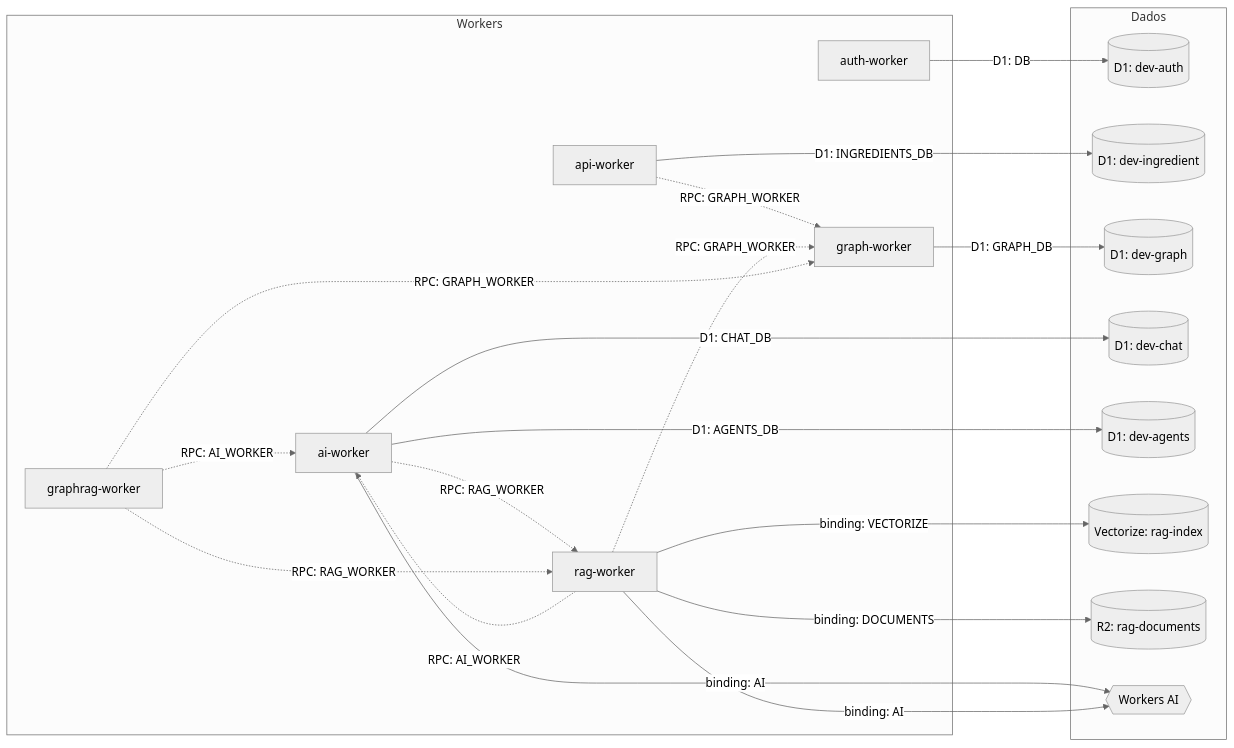
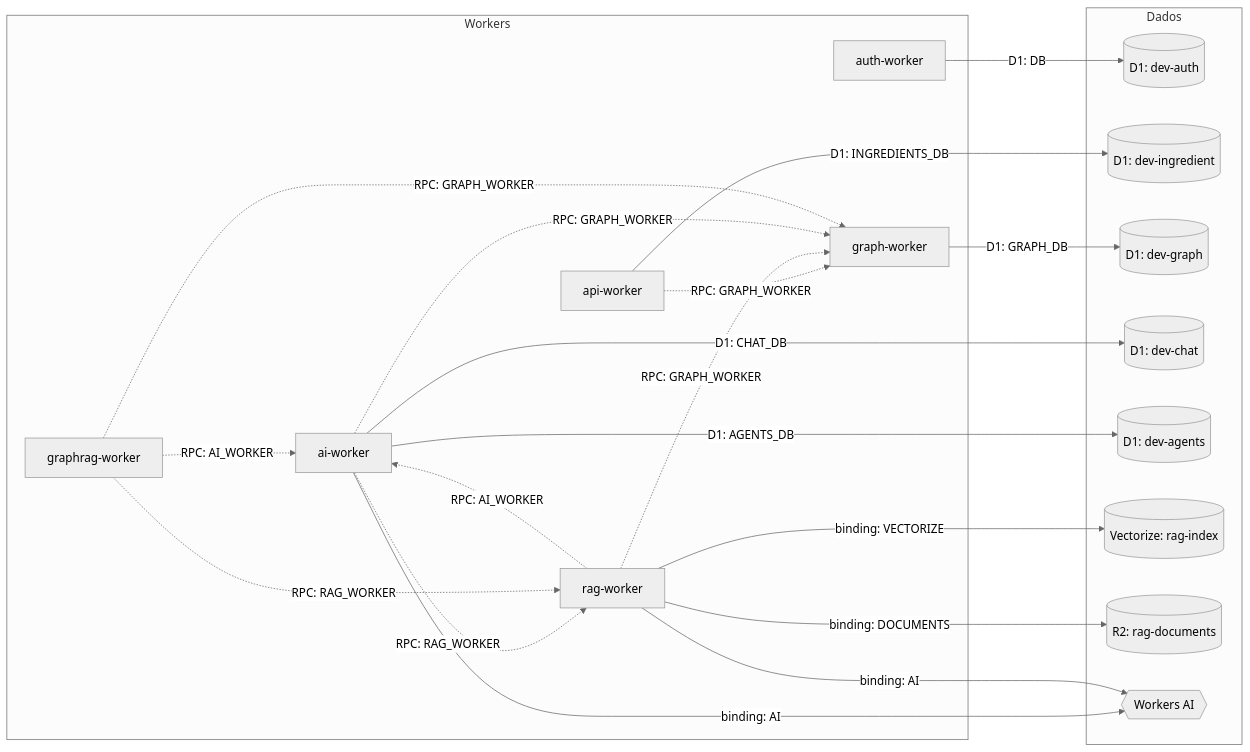
The diagram in docs/worker-diagram.md (0xHackerSpace/wrapper-api), drawn with Mermaid (neutral theme) before and after one commit. The commit also changed other lines of this file and 6 other files, not shown here.

First line of the commit message:
docs: add ADR 0024 and update project docs for the find_node graph tool

````diff
--- a/docs/worker-diagram.md
+++ b/docs/worker-diagram.md
@@ -5,40 +5,41 @@
 ```mermaid
 flowchart LR
     subgraph Workers
         api[api-worker]
         auth[auth-worker]
         ai[ai-worker]
         graphw[graph-worker]
         rag[rag-worker]
         graphrag[graphrag-worker]
     end
 
     subgraph Dados
         d1auth[(D1: dev-auth)]
         d1ingredient[(D1: dev-ingredient)]
         d1graph[(D1: dev-graph)]
         d1chat[(D1: dev-chat)]
         d1agents[(D1: dev-agents)]
         vectorize[(Vectorize: rag-index)]
         r2[(R2: rag-documents)]
         workersai{{Workers AI}}
     end
 
     api -->|D1: INGREDIENTS_DB| d1ingredient
     auth -->|D1: DB| d1auth
     graphw -->|D1: GRAPH_DB| d1graph
     ai -->|binding: AI| workersai
     ai -->|D1: CHAT_DB| d1chat
     ai -->|D1: AGENTS_DB| d1agents
     rag -->|binding: AI| workersai
     rag -->|binding: VECTORIZE| vectorize
     rag -->|binding: DOCUMENTS| r2
 
     api -.->|RPC: GRAPH_WORKER| graphw
     rag -.->|RPC: GRAPH_WORKER| graphw
     rag -.->|RPC: AI_WORKER| ai
     ai -.->|RPC: RAG_WORKER| rag
+    ai -.->|RPC: GRAPH_WORKER| graphw
     graphrag -.->|RPC: RAG_WORKER| rag
     graphrag -.->|RPC: GRAPH_WORKER| graphw
     graphrag -.->|RPC: AI_WORKER| ai
 ```
````
